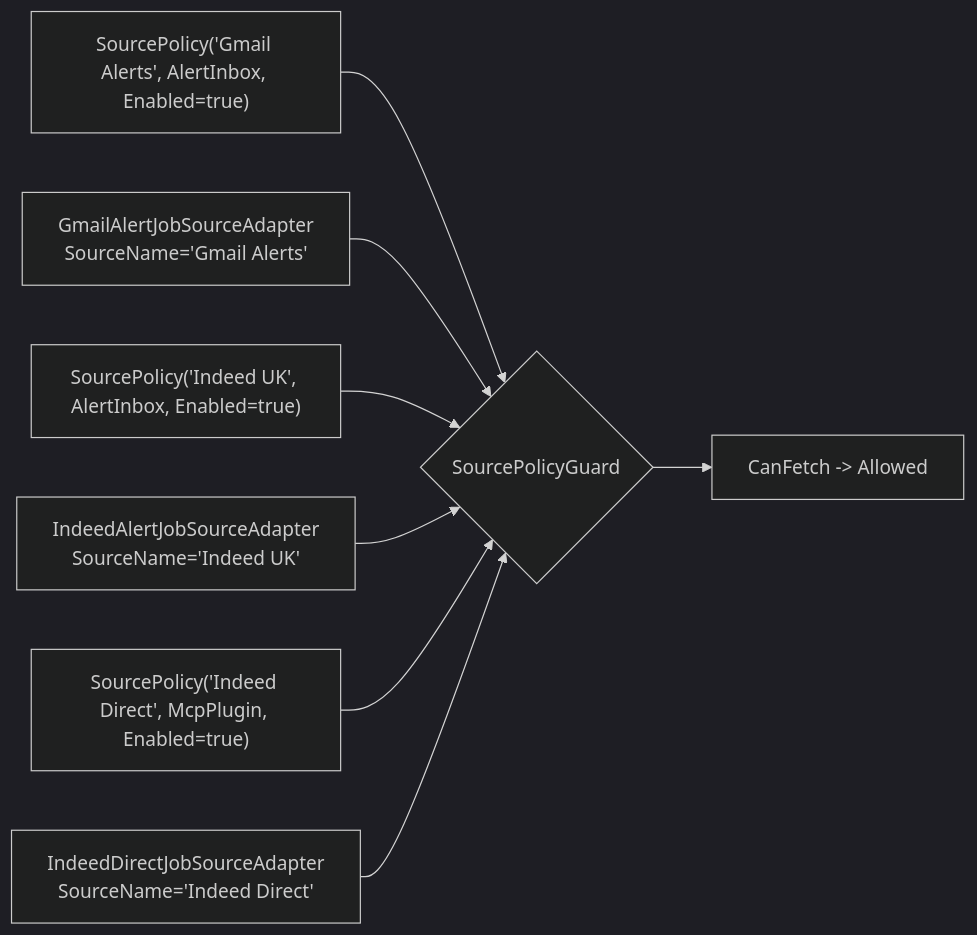
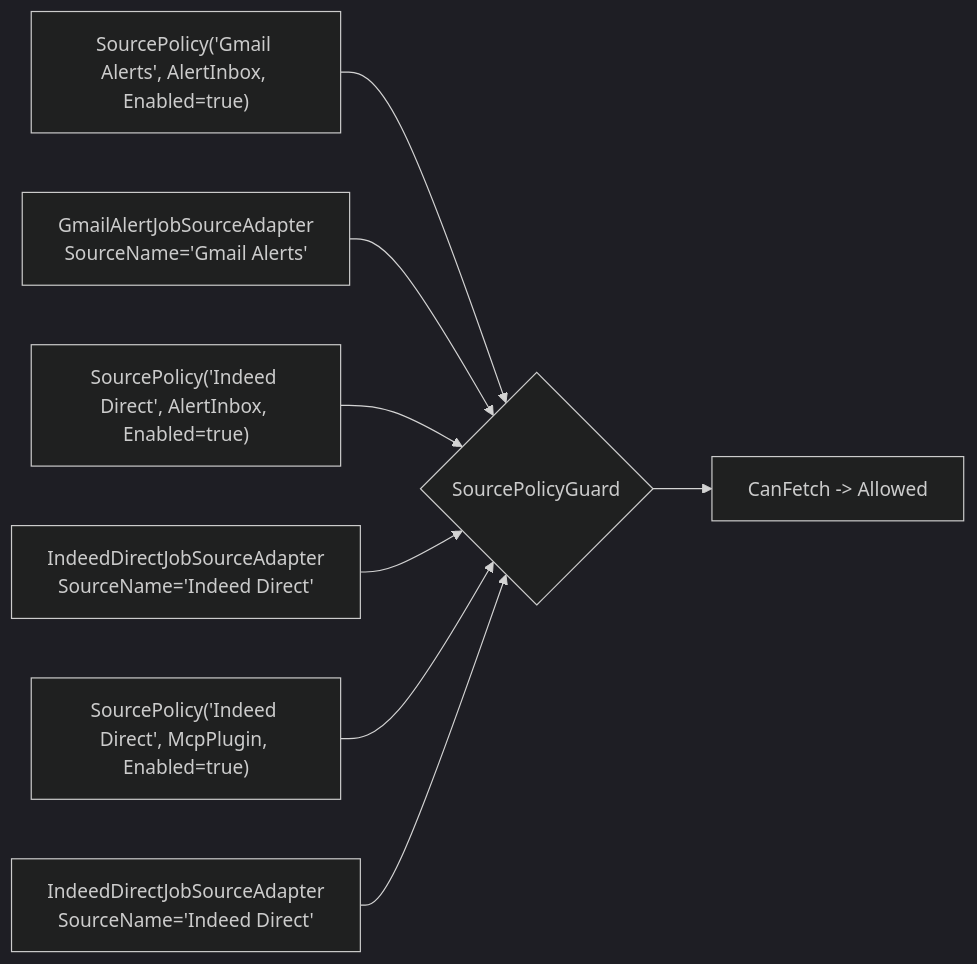
Before and after one commit to ekanatha-urivakili/AiJobSearchAgent: diagram 11 of 11 in docs/gmail-slack-integration.md, drawn with Mermaid (dark theme). The commit also changed other lines of this file and 14 other files, not shown here.

````diff
--- a/docs/gmail-slack-integration.md
+++ b/docs/gmail-slack-integration.md
@@ -509,10 +505,10 @@
 ```mermaid
 flowchart LR
     A["SourcePolicy('Gmail Alerts', AlertInbox, Enabled=true)"] --> B{SourcePolicyGuard}
     C["GmailAlertJobSourceAdapter\nSourceName='Gmail Alerts'"] --> B
-    D["SourcePolicy('Indeed UK', AlertInbox, Enabled=true)"] --> B
-    E["IndeedAlertJobSourceAdapter\nSourceName='Indeed UK'"] --> B
+    D["SourcePolicy('Indeed Direct', AlertInbox, Enabled=true)"] --> B
+    E["IndeedDirectJobSourceAdapter\nSourceName='Indeed Direct'"] --> B
     F["SourcePolicy('Indeed Direct', McpPlugin, Enabled=true)"] --> B
     G["IndeedDirectJobSourceAdapter\nSourceName='Indeed Direct'"] --> B
     B --> H["CanFetch -> Allowed"]
 ```
````
